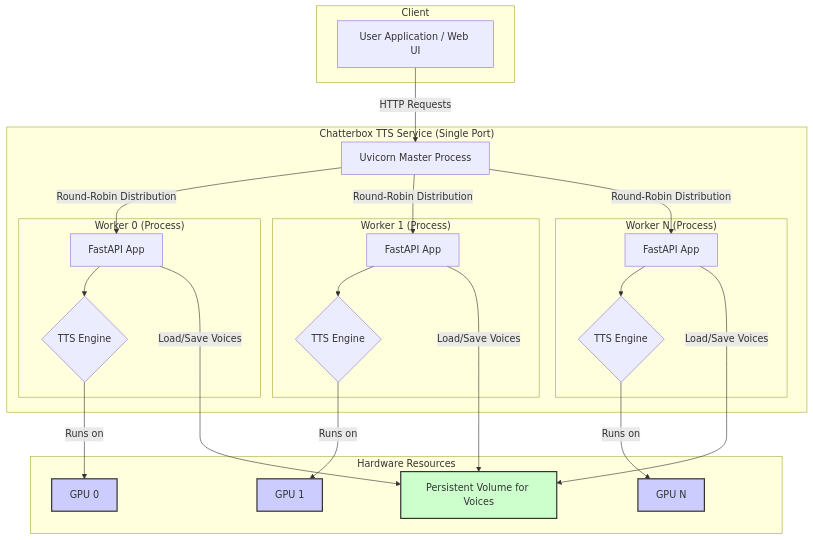
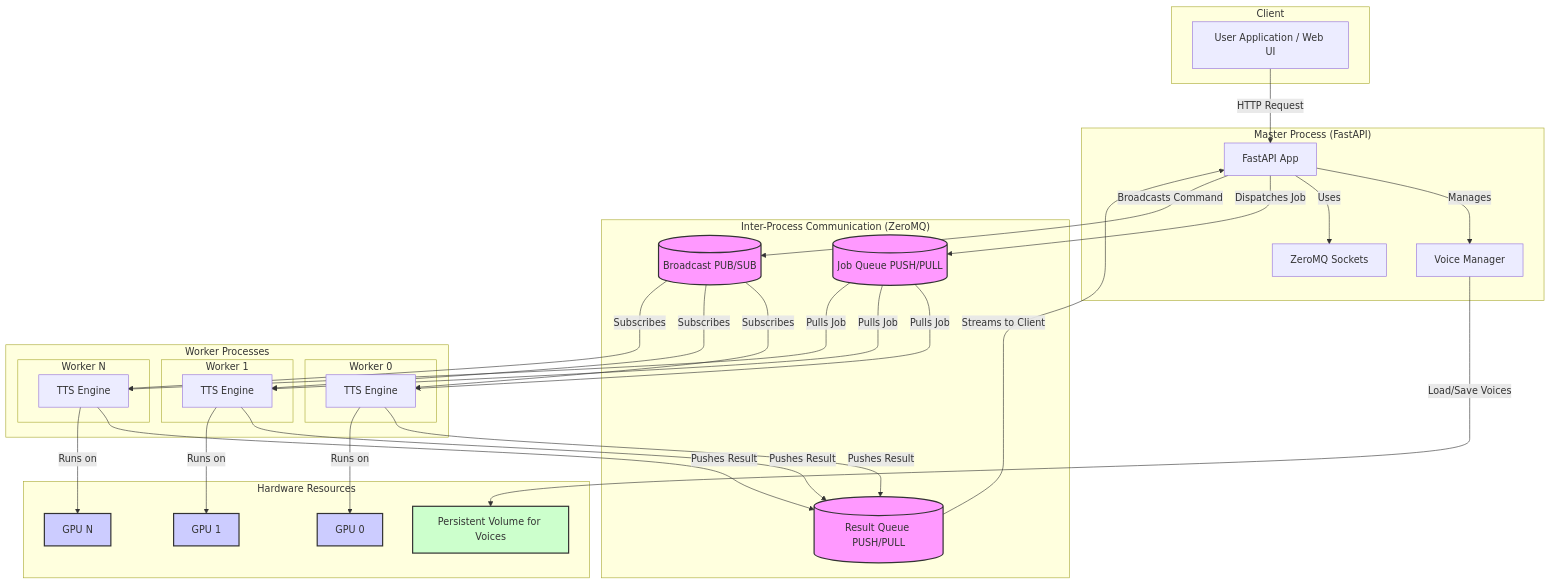
Before and after one commit to akashdeep000/chatterbox-tts: the first of 3 diagrams in README.md, drawn with Mermaid. The commit also changed other lines of this file and 2 other files, not shown here.

````diff
--- a/README.md
+++ b/README.md
@@ -15,40 +24,62 @@
 ```mermaid
 graph TD
     subgraph "Client"
         A[User Application / Web UI]
     end
 
-    subgraph "Chatterbox TTS Service (Single Port)"
-        LB[Uvicorn Master Process]
+    subgraph "Master Process (FastAPI)"
+        API[FastAPI App]
+        VM[Voice Manager]
+        ZMQ_Master[ZeroMQ Sockets]
+        API -- Manages --> VM
+        API -- Uses --> ZMQ_Master
+    end
 
-        subgraph "Worker 0 (Process)"
-            B1[FastAPI App] --> C1{TTS Engine};
+    subgraph "Inter-Process Communication (ZeroMQ)"
+        JobQ[(Job Queue PUSH/PULL)]
+        ResultQ[(Result Queue PUSH/PULL)]
+        BroadcastQ[(Broadcast PUB/SUB)]
+    end
+
+    subgraph "Worker Processes"
+        subgraph "Worker 0"
+            W0[TTS Engine]
         end
-        subgraph "Worker 1 (Process)"
-            B2[FastAPI App] --> C2{TTS Engine};
+        subgraph "Worker 1"
+            W1[TTS Engine]
         end
-        subgraph "Worker N (Process)"
-            BN[FastAPI App] --> CN{TTS Engine};
+        subgraph "Worker N"
+            WN[TTS Engine]
         end
     end
 
     subgraph "Hardware Resources"
         G0[GPU 0]
         G1[GPU 1]
         GN[GPU N]
         H[Persistent Volume for Voices]
     end
 
-    A -- "HTTP Requests" --> LB
-    LB -- "Round-Robin Distribution" --> B1 & B2 & BN
+    A -- "HTTP Request" --> API
+    API -- "Dispatches Job" --> JobQ
+    JobQ -- "Pulls Job" --> W0 & W1 & WN
 
-    C1 -- "Runs on" --> G0;
-    C2 -- "Runs on" --> G1;
-    CN -- "Runs on" --> GN;
-    B1 & B2 & BN -- "Load/Save Voices" --> H;
+    W0 & W1 & WN -- "Pushes Result" --> ResultQ
+    ResultQ -- "Streams to Client" --> API
+
+    API -- "Broadcasts Command" --> BroadcastQ
+    BroadcastQ -- "Subscribes" --> W0 & W1 & WN
+
+    W0 -- "Runs on" --> G0
+    W1 -- "Runs on" --> G1
+    WN -- "Runs on" --> GN
+    VM -- "Load/Save Voices" --> H
 
     style G0 fill:#ccf,stroke:#333,stroke-width:2px
     style G1 fill:#ccf,stroke:#333,stroke-width:2px
     style GN fill:#ccf,stroke:#333,stroke-width:2px
     style H fill:#cfc,stroke:#333,stroke-width:2px
+    style JobQ fill:#f9f,stroke:#333,stroke-width:2px
+    style ResultQ fill:#f9f,stroke:#333,stroke-width:2px
+    style BroadcastQ fill:#f9f,stroke:#333,stroke-width:2px
 ```
````
